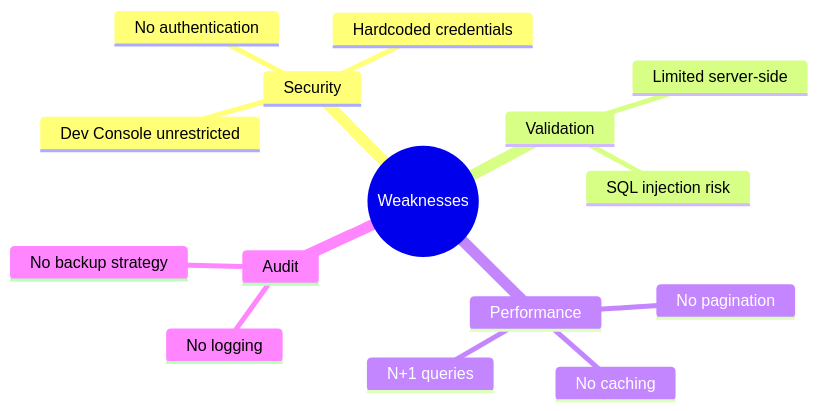
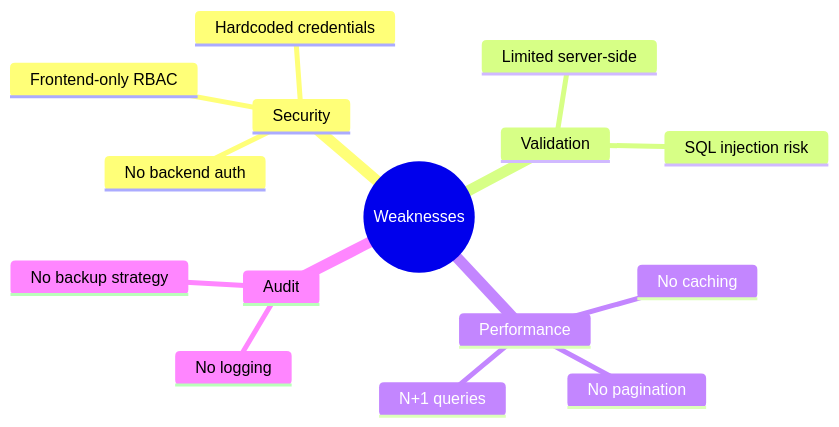
One commit to HaochenFa/COMP2411_DBMS_CMMS_GroupProject changed the sixth of 14 diagrams in PROJECT_REPORT.md. Above: the diagram before and after it, drawn with Mermaid. The commit also changed other lines of this file and 14 other files, not shown here.

````diff
--- a/PROJECT_REPORT.md
+++ b/PROJECT_REPORT.md
@@ -312,18 +317,18 @@
 ```mermaid
 mindmap
   root((Weaknesses))
     Security
-      No authentication
+      Frontend-only RBAC
       Hardcoded credentials
-      Dev Console unrestricted
+      No backend auth
     Validation
       Limited server-side
       SQL injection risk
     Performance
       No pagination
       No caching
       N+1 queries
     Audit
       No logging
       No backup strategy
 ```
````
